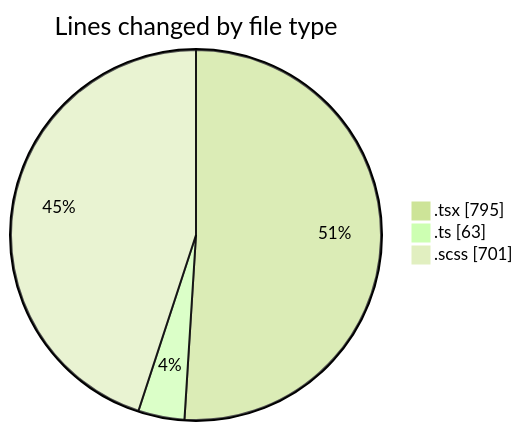
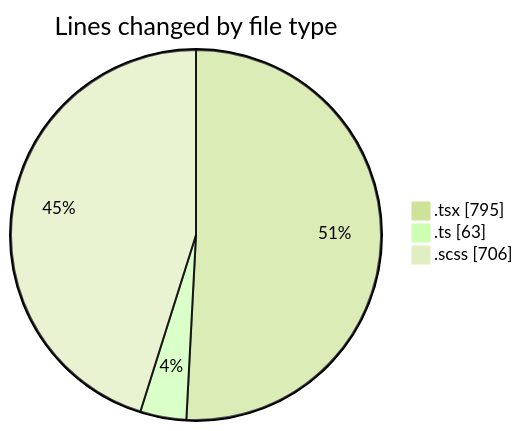
One commit to momahboobian/code-tracking changed the first of 2 diagrams in 2025-04-02/cda/README.md. Above: the diagram before and after it, drawn with Mermaid (forest theme). The commit also changed other lines of this file and 1 other file, not shown here.

````diff
--- a/2025-04-02/cda/README.md
+++ b/2025-04-02/cda/README.md
@@ -26,7 +26,7 @@
 ```mermaid
 pie showData
 title Lines changed by file type
 ".tsx" : 795
 ".ts" : 63
-".scss" : 701
+".scss" : 706
 ```
````
